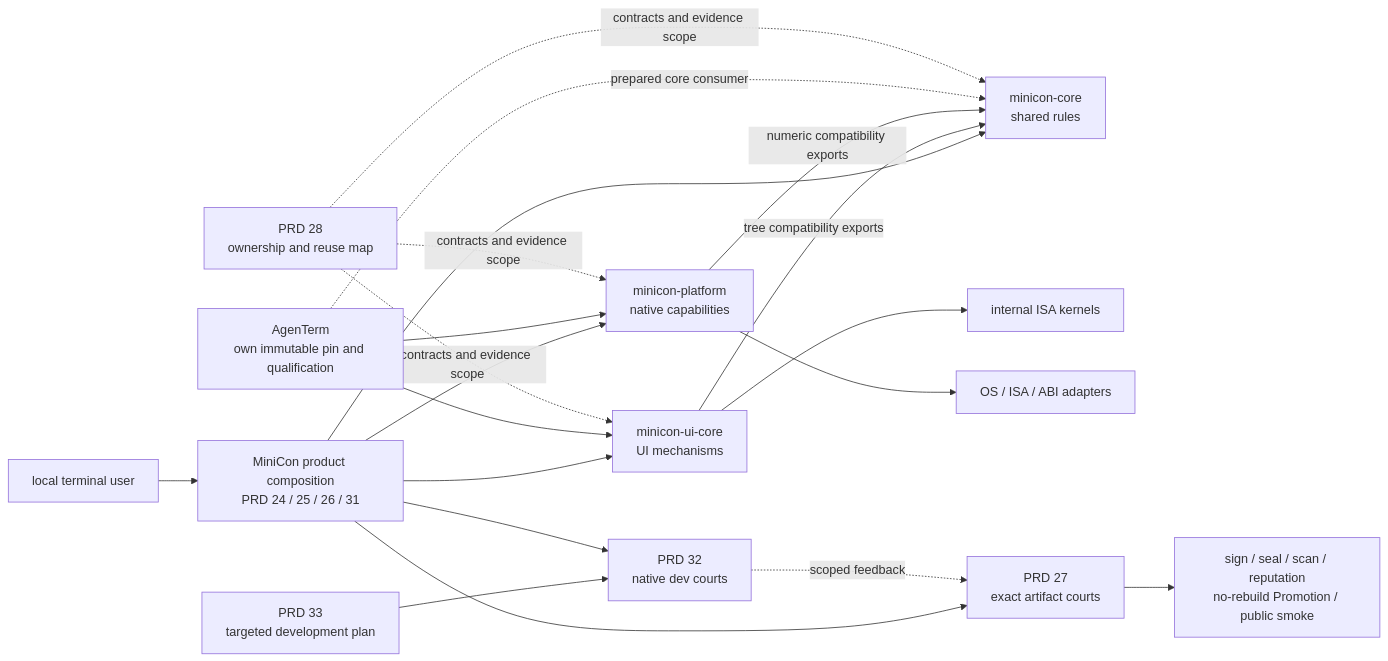
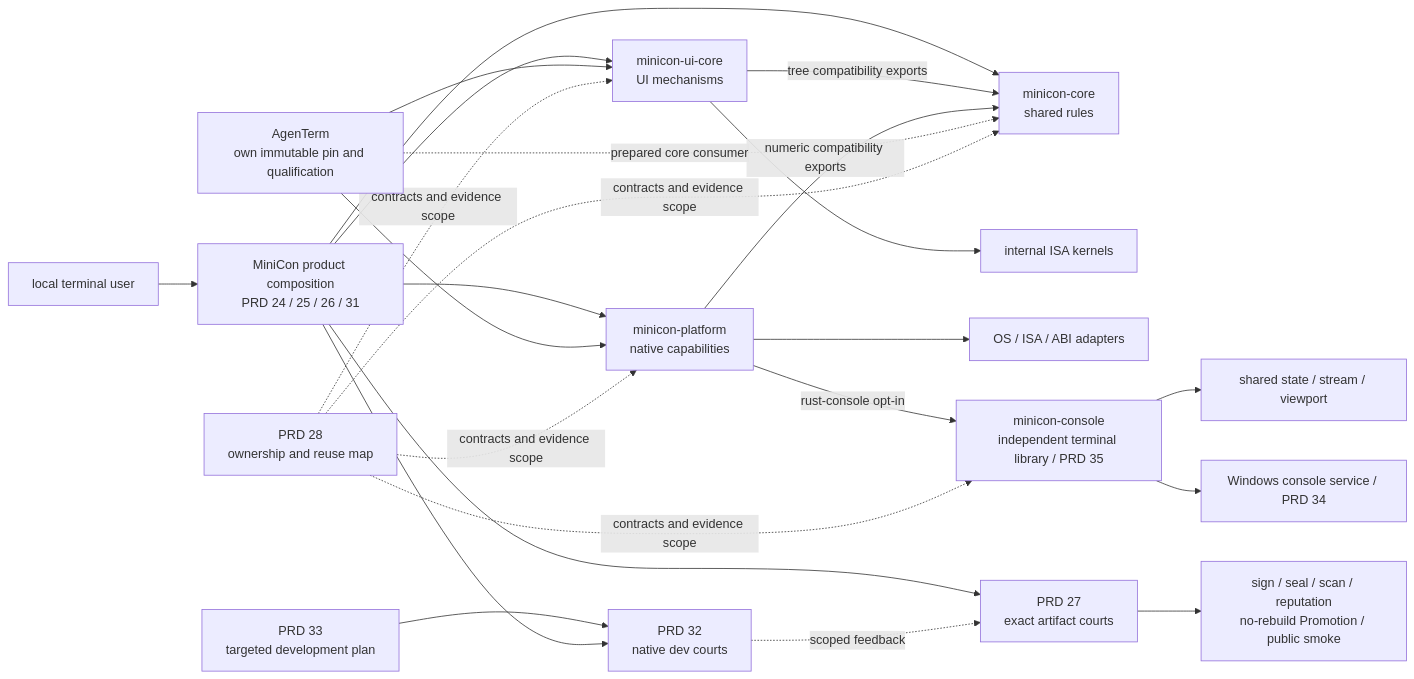
Before and after one commit to partnernetsoftware/minicon: the diagram in PRD.md, drawn with Mermaid. The commit also changed 7 other files, not shown here.

````diff
--- a/PRD.md
+++ b/PRD.md
@@ -65,19 +65,22 @@
 ```mermaid
 flowchart LR
     U["local terminal user"] --> MC["MiniCon product composition<br/>PRD 24 / 25 / 26 / 31"]
     MC --> C["minicon-core<br/>shared rules"]
     MC --> UI["minicon-ui-core<br/>UI mechanisms"]
     MC --> P["minicon-platform<br/>native capabilities"]
     UI -->|tree compatibility exports| C
     P -->|numeric compatibility exports| C
     UI --> I["internal ISA kernels"]
     P --> N["OS / ISA / ABI adapters"]
+    CON["minicon-console<br/>independent terminal library / PRD 35"] --> VT["shared state / stream / viewport"]
+    P -->|rust-console opt-in| CON
+    CON --> W["Windows console service / PRD 34"]
     A["AgenTerm<br/>own immutable pin and qualification"] --> UI & P
     A -. prepared core consumer .-> C
-    M["PRD 28<br/>ownership and reuse map"] -. contracts and evidence scope .-> C & UI & P
+    M["PRD 28<br/>ownership and reuse map"] -. contracts and evidence scope .-> C & UI & P & CON
     T["PRD 33<br/>targeted development plan"] --> D["PRD 32<br/>native dev courts"]
     MC --> D
     MC --> E["PRD 27<br/>exact artifact courts"]
     D -. scoped feedback .-> E
     E --> R["sign / seal / scan / reputation<br/>no-rebuild Promotion / public smoke"]
 ```
````
